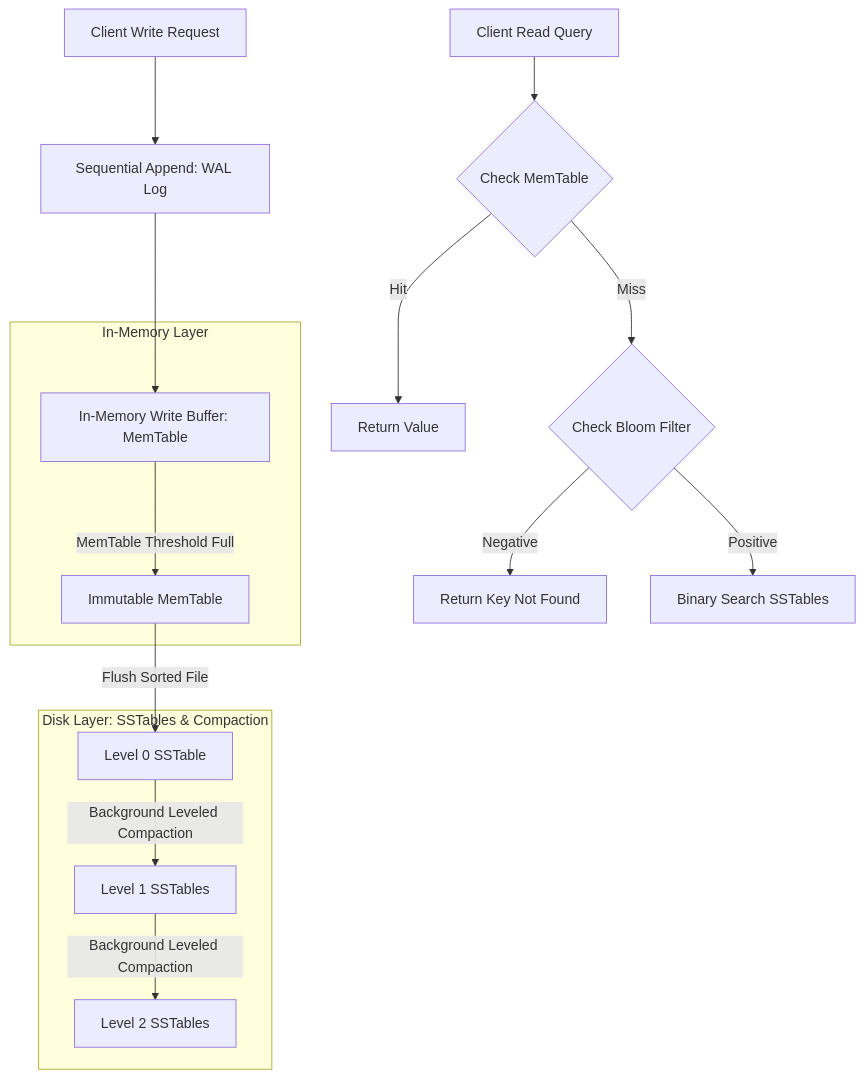
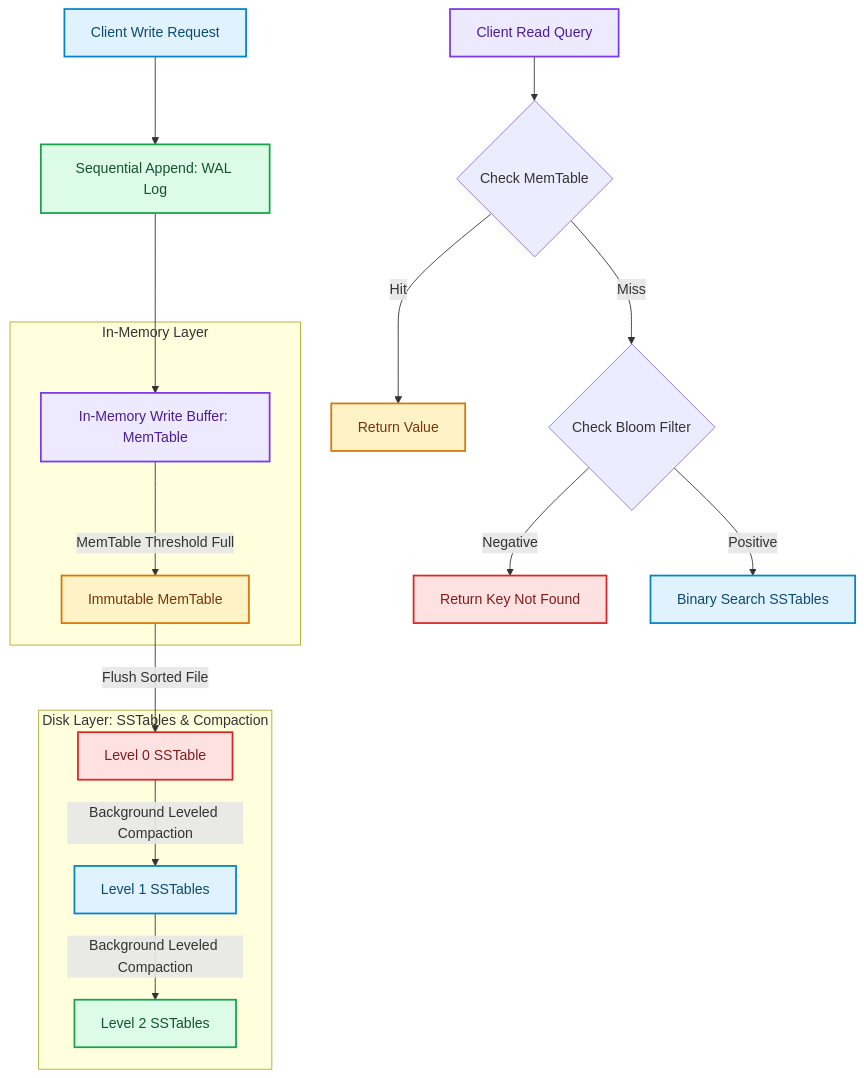
One commit to akmalkhaniub/akmalkhaniub.github.io changed the diagram in blog/posts/lsm-tree-internals-memtables-sstables-compaction-strategies.md. Above: the diagram before and after it, drawn with Mermaid. The commit also changed other lines of this file and 1291 other files, not shown here.

First line of the commit message:
feat(catalog): unique covers, scholarly references, and diagram palettes

````diff
--- a/blog/posts/lsm-tree-internals-memtables-sstables-compaction-strategies.md
+++ b/blog/posts/lsm-tree-internals-memtables-sstables-compaction-strategies.md
@@ -17,21 +17,32 @@
 ```mermaid
 flowchart TD
-  A[Client Write Request] --> B[Sequential Append: WAL Log]
-  B --> C[In-Memory Write Buffer: MemTable]
+  A["Client Write Request"] --> B["Sequential Append: WAL Log"]
+  B --> C["In-Memory Write Buffer: MemTable"]
   
   subgraph SG1_InMemoryLayer ["In-Memory Layer"]
-    C -->|MemTable Threshold Full| D[Immutable MemTable]
+    C -->|MemTable Threshold Full| D["Immutable MemTable"]
   end
   
   subgraph SG2_DiskLayerSstables ["Disk Layer: SSTables & Compaction"]
-    D -->|Flush Sorted File| E[Level 0 SSTable]
-    E -->|Background Leveled Compaction| F[Level 1 SSTables]
-    F -->|Background Leveled Compaction| G[Level 2 SSTables]
+    D -->|Flush Sorted File| E["Level 0 SSTable"]
+    E -->|Background Leveled Compaction| F["Level 1 SSTables"]
+    F -->|Background Leveled Compaction| G["Level 2 SSTables"]
   end
   
-  H[Client Read Query] --> I{Check MemTable}
-  I -->|Hit| J[Return Value]
+  H["Client Read Query"] --> I{Check MemTable}
+  I -->|Hit| J["Return Value"]
   I -->|Miss| K{Check Bloom Filter}
-  K -->|Negative| L[Return Key Not Found]
-  K -->|Positive| M[Binary Search SSTables]
+  K -->|Negative| L["Return Key Not Found"]
+  K -->|Positive| M["Binary Search SSTables"]
+
+classDef green fill:#dcfce7,stroke:#16a34a,stroke-width:2px,color:#14532d;
+classDef red fill:#fee2e2,stroke:#dc2626,stroke-width:2px,color:#7f1d1d;
+classDef blue fill:#e0f2fe,stroke:#0284c7,stroke-width:2px,color:#0c4a6e;
+classDef yellow fill:#fef3c7,stroke:#d97706,stroke-width:2px,color:#78350f;
+classDef purple fill:#ede9fe,stroke:#7c3aed,stroke-width:2px,color:#4c1d95;
+class A,F,M blue
+class B,G green
+class C,H purple
+class D,J yellow
+class E,L red
 ```
````
